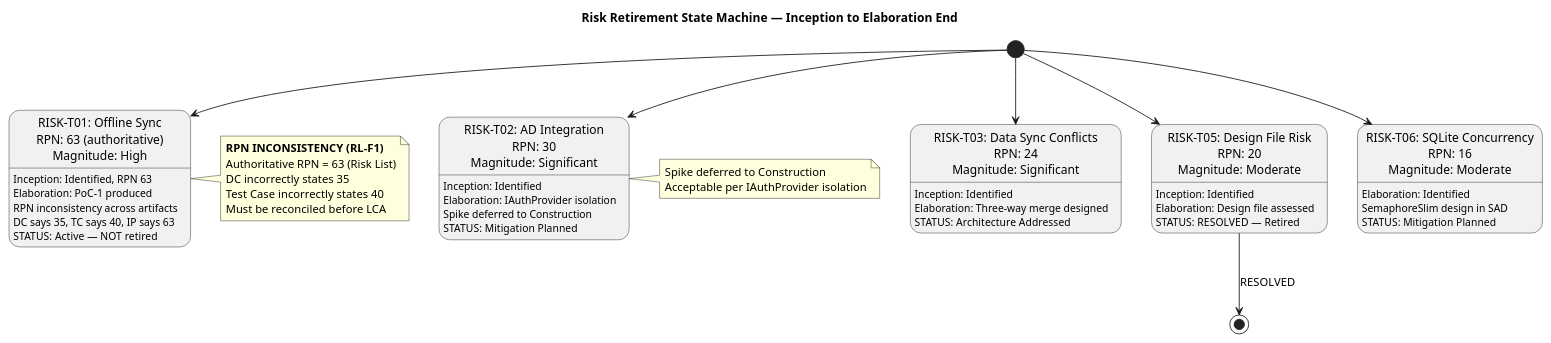
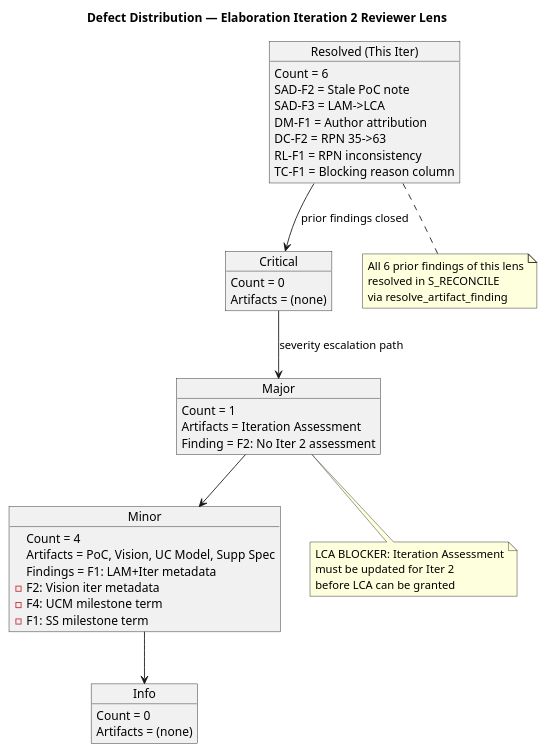
One commit to banense-test/demo-janke-lab changed the second of 3 diagrams in docs/artifacts/project-management/review-record.md. Above: the diagram before and after it, drawn with PlantUML. The commit also changed other lines of this file, not shown here.

First line of the commit message:
Reviewer [E2]: upsert Review Record

````diff
--- a/docs/artifacts/project-management/review-record.md
+++ b/docs/artifacts/project-management/review-record.md
@@ -289,59 +228,59 @@
 ```plantuml
 @startuml
-title Risk Retirement State Machine — Inception to Elaboration End
+title Defect Distribution — Elaboration Iteration 2 Reviewer Lens
 
-state "RISK-T01: Offline Sync\nRPN: 63 (authoritative)\nMagnitude: High" as T01_High {
-  T01_High : Inception: Identified, RPN 63
-  T01_High : Elaboration: PoC-1 produced
-  T01_High : RPN inconsistency across artifacts
-  T01_High : DC says 35, TC says 40, IP says 63
-  T01_High : STATUS: Active — NOT retired
+object "Critical" as CRIT {
+  Count = 0
+  Artifacts = (none)
 }
 
-state "RISK-T02: AD Integration\nRPN: 30\nMagnitude: Significant" as T02_Sig {
-  T02_Sig : Inception: Identified
-  T02_Sig : Elaboration: IAuthProvider isolation
-  T02_Sig : Spike deferred to Construction
-  T02_Sig : STATUS: Mitigation Planned
+object "Major" as MAJ {
+  Count = 1
+  Artifacts = Iteration Assessment
+  Finding = F2: No Iter 2 assessment
 }
 
-state "RISK-T03: Data Sync Conflicts\nRPN: 24\nMagnitude: Significant" as T03_Sig {
-  T03_Sig : Inception: Identified
-  T03_Sig : Elaboration: Three-way merge designed
-  T03_Sig : STATUS: Architecture Addressed
+object "Minor" as MIN {
+  Count = 4
+  Artifacts = PoC, Vision, UC Model, Supp Spec
+  Findings = F1: LAM+Iter metadata
+  - F2: Vision iter metadata
+  - F4: UCM milestone term
+  - F1: SS milestone term
 }
 
-state "RISK-T05: Design File Risk\nRPN: 20\nMagnitude: Moderate" as T05_Mod {
-  T05_Mod : Inception: Identified
-  T05_Mod : Elaboration: Design file assessed
-  T05_Mod : STATUS: RESOLVED — Retired
+object "Info" as INFO {
+  Count = 0
+  Artifacts = (none)
 }
 
-state "RISK-T06: SQLite Concurrency\nRPN: 16\nMagnitude: Moderate" as T06_Mod {
-  T06_Mod : Elaboration: Identified
-  T06_Mod : SemaphoreSlim design in SAD
-  T06_Mod : STATUS: Mitigation Planned
+object "Resolved (This Iter)" as RES {
+  Count = 6
+  SAD-F2 = Stale PoC note
+  SAD-F3 = LAM->LCA
+  DM-F1 = Author attribution
+  DC-F2 = RPN 35->63
+  RL-F1 = RPN inconsistency
+  TC-F1 = Blocking reason column
 }
 
-[*] --> T01_High
-[*] --> T02_Sig
-[*] --> T03_Sig
-[*] --> T05_Mod
-[*] --> T06_Mod
+CRIT --> MAJ : severity escalation path
+MAJ --> MIN
+MIN --> INFO
 
-T05_Mod --> [*] : RESOLVED
+RES --> CRIT : prior findings closed
 
-note right of T01_High
-  **RPN INCONSISTENCY (RL-F1)**
-  Authoritative RPN = 63 (Risk List)
-  DC incorrectly states 35
-  Test Case incorrectly states 40
-  Must be reconciled before LCA
+note bottom of MAJ
+  LCA BLOCKER: Iteration Assessment
+  must be updated for Iter 2
+  before LCA can be granted
 end note
 
-note right of T02_Sig
-  Spike deferred to Construction
-  Acceptable per IAuthProvider isolation
+note bottom of RES
+  All 6 prior findings of this lens
+  resolved in S_RECONCILE
+  via resolve_artifact_finding
 end note
+
 @enduml
 ```
````
